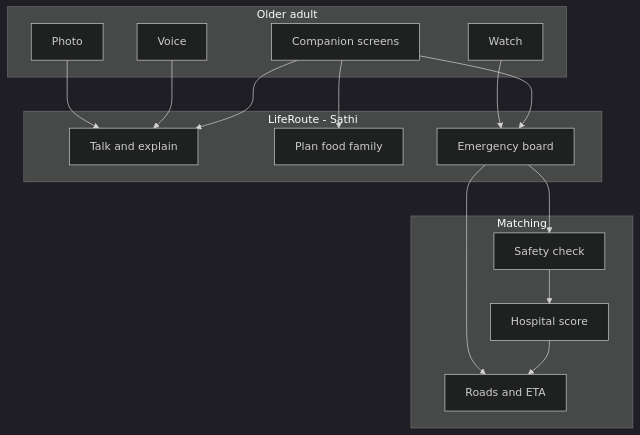
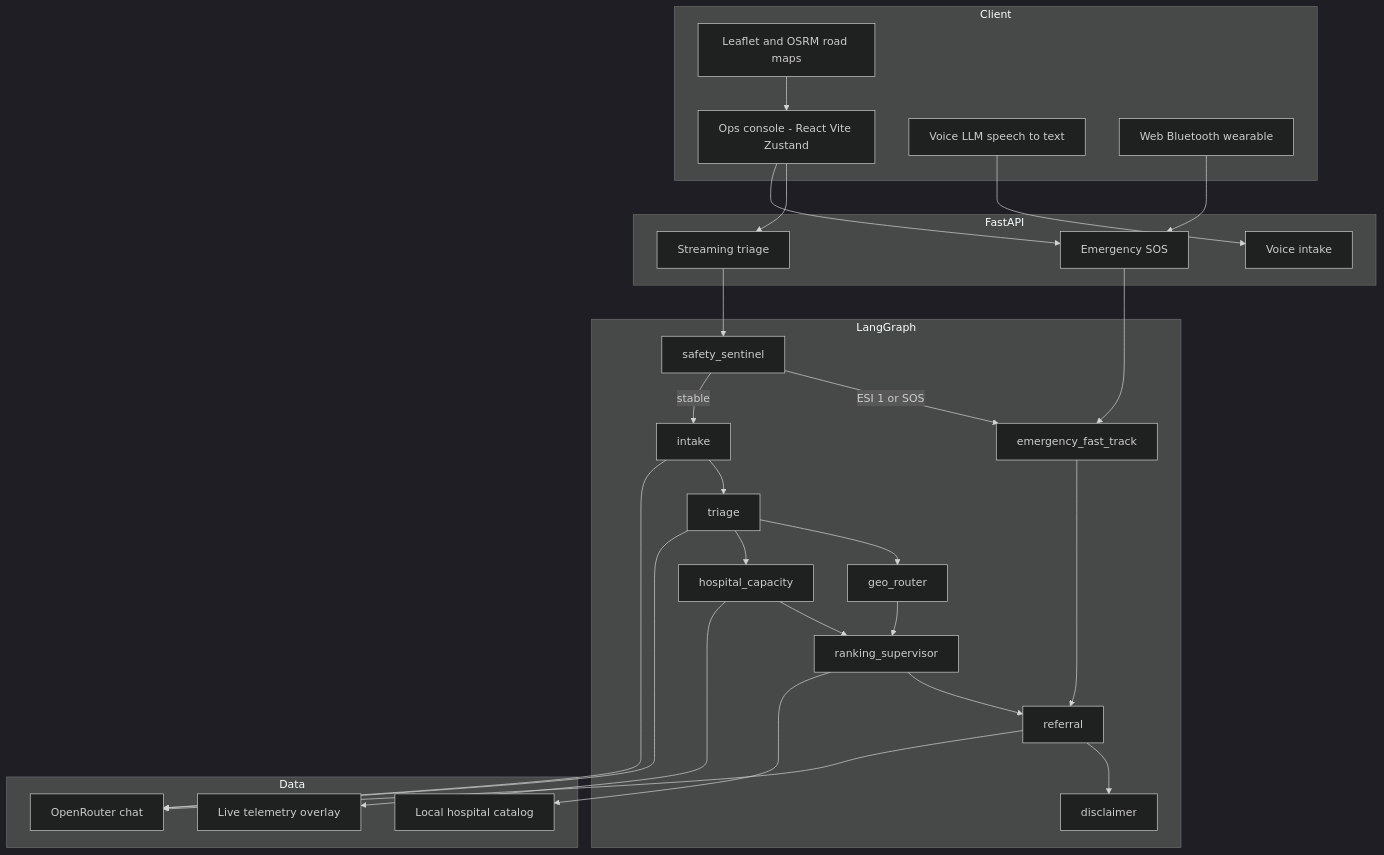
The fifth of 12 diagrams in README.md (dipanshuchoudhary-data/LifeRouteAI), drawn with Mermaid (dark theme) before and after one commit. The commit also changed other lines of this file and 139 other files, not shown here.

Commit message:
Revert Sathi companion and restore original LifeRoute.

````diff
--- a/README.md
+++ b/README.md
@@ -189,32 +204,56 @@
 ```mermaid
 flowchart TB
-    subgraph Person["Older adult"]
-        UI["Companion screens"]
-        MIC["Voice"]
-        CAM["Photo"]
-        WATCH["Watch"]
+    subgraph Client["Client"]
+        UI["Ops console - React Vite Zustand"]
+        MAP["Leaflet and OSRM road maps"]
+        MIC["Voice LLM speech to text"]
+        BT["Web Bluetooth wearable"]
     end
 
-    subgraph App["LifeRoute - Sathi"]
-        TALK["Talk and explain"]
-        DAY["Plan food family"]
-        SOS["Emergency board"]
+    subgraph API["FastAPI"]
+        STR["Streaming triage"]
+        SOS["Emergency SOS"]
+        VOI["Voice intake"]
     end
 
-    subgraph Engine["Matching"]
-        SEN["Safety check"]
-        MATCH["Hospital score"]
-        MAP["Roads and ETA"]
+    subgraph Graph["LangGraph"]
+        SEN["safety_sentinel"]
+        FT["emergency_fast_track"]
+        INTAKE["intake"]
+        TR["triage"]
+        GEO["geo_router"]
+        CAP["hospital_capacity"]
+        RK["ranking_supervisor"]
+        REF["referral"]
+        DIS["disclaimer"]
     end
 
-    UI --> TALK
-    MIC --> TALK
-    CAM --> TALK
-    UI --> DAY
+    subgraph Data["Data"]
+        ORT["OpenRouter chat"]
+        LOCAL["Local hospital catalog"]
+        MOCK["Live telemetry overlay"]
+    end
+
+    UI --> STR
     UI --> SOS
-    WATCH --> SOS
-    SOS --> SEN
-    SEN --> MATCH
-    MATCH --> MAP
-    SOS --> MAP
+    MIC --> VOI
+    BT --> SOS
+    MAP --> UI
+    STR --> SEN
+    SOS --> FT
+    SEN -->|ESI 1 or SOS| FT
+    SEN -->|stable| INTAKE
+    INTAKE --> TR
+    TR --> GEO
+    TR --> CAP
+    GEO --> RK
+    CAP --> RK
+    RK --> REF
+    FT --> REF
+    REF --> DIS
+    TR --> ORT
+    INTAKE --> ORT
+    REF --> ORT
+    RK --> LOCAL
+    CAP --> MOCK
 ```
````
